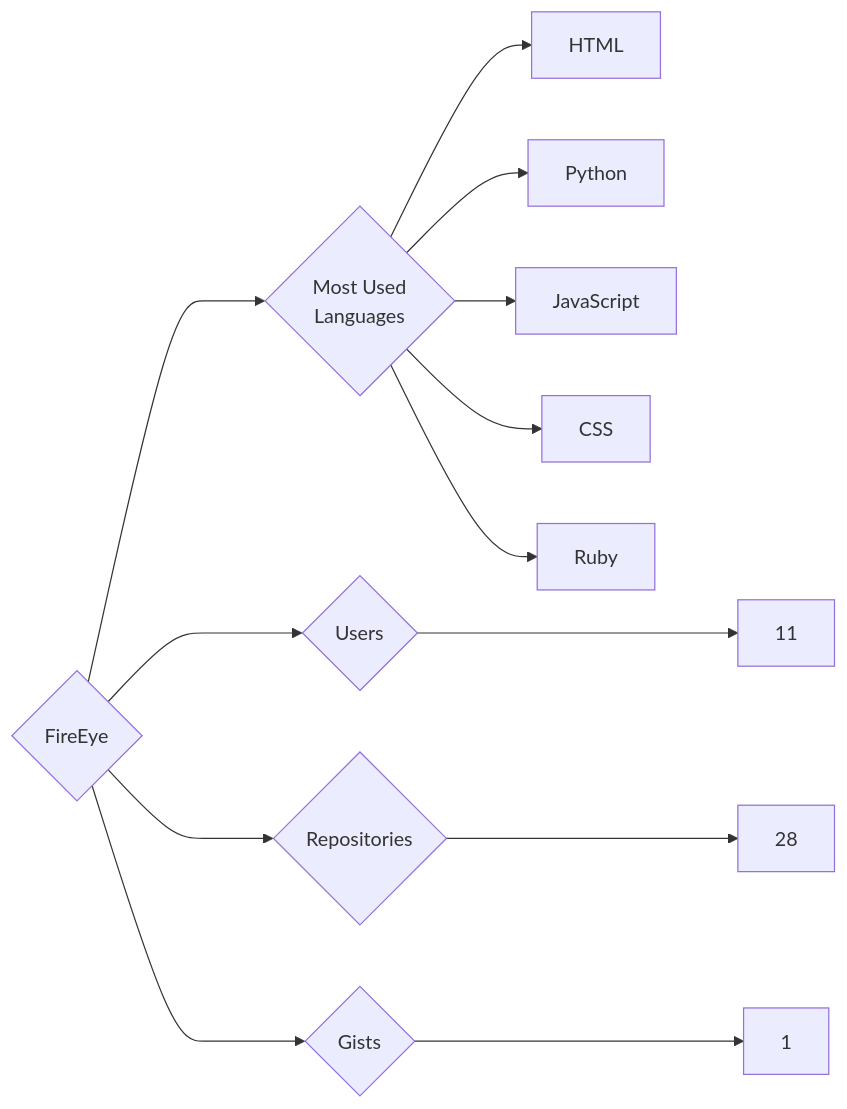
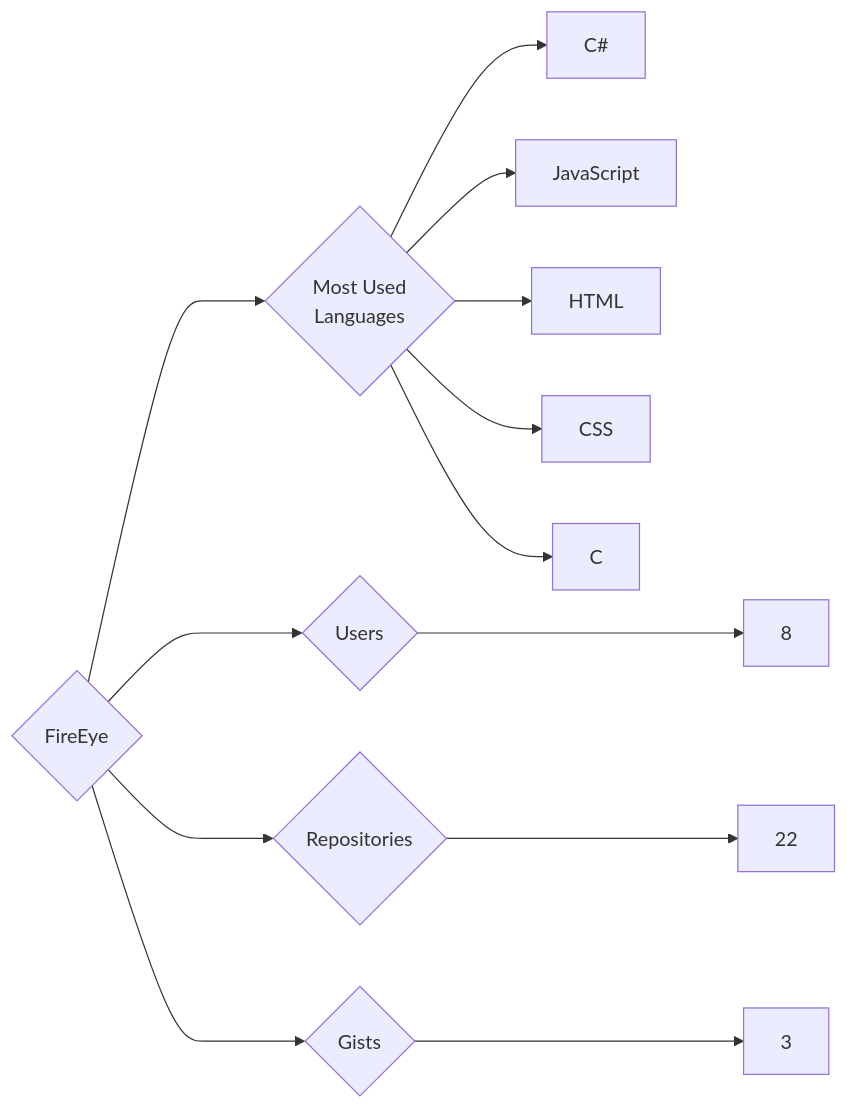
Before and after one commit to trickest/insiders: the diagram in targets/FireEye/README.md, drawn with Mermaid. The commit also changed 895 other files, not shown here.

````diff
--- a/targets/FireEye/README.md
+++ b/targets/FireEye/README.md
@@ -3,13 +3,13 @@
 ```mermaid
 graph LR
 COMPANY_NAME{FireEye}
-COMPANY_NAME ---> U{Users} ---> UN[11]
-COMPANY_NAME ---> R{Repositories} ---> RN[28]
-COMPANY_NAME ---> G{Gists} ---> GN[1]
+COMPANY_NAME ---> U{Users} ---> UN[8]
+COMPANY_NAME ---> R{Repositories} ---> RN[22]
+COMPANY_NAME ---> G{Gists} ---> GN[3]
 COMPANY_NAME ---> ML{Most Used<br>Languages}
+ML --> C#[C#]
+ML --> JavaScript[JavaScript]
 ML --> HTML[HTML]
-ML --> Python[Python]
-ML --> JavaScript[JavaScript]
 ML --> CSS[CSS]
-ML --> Ruby[Ruby]
+ML --> C[C]
 ```
````
